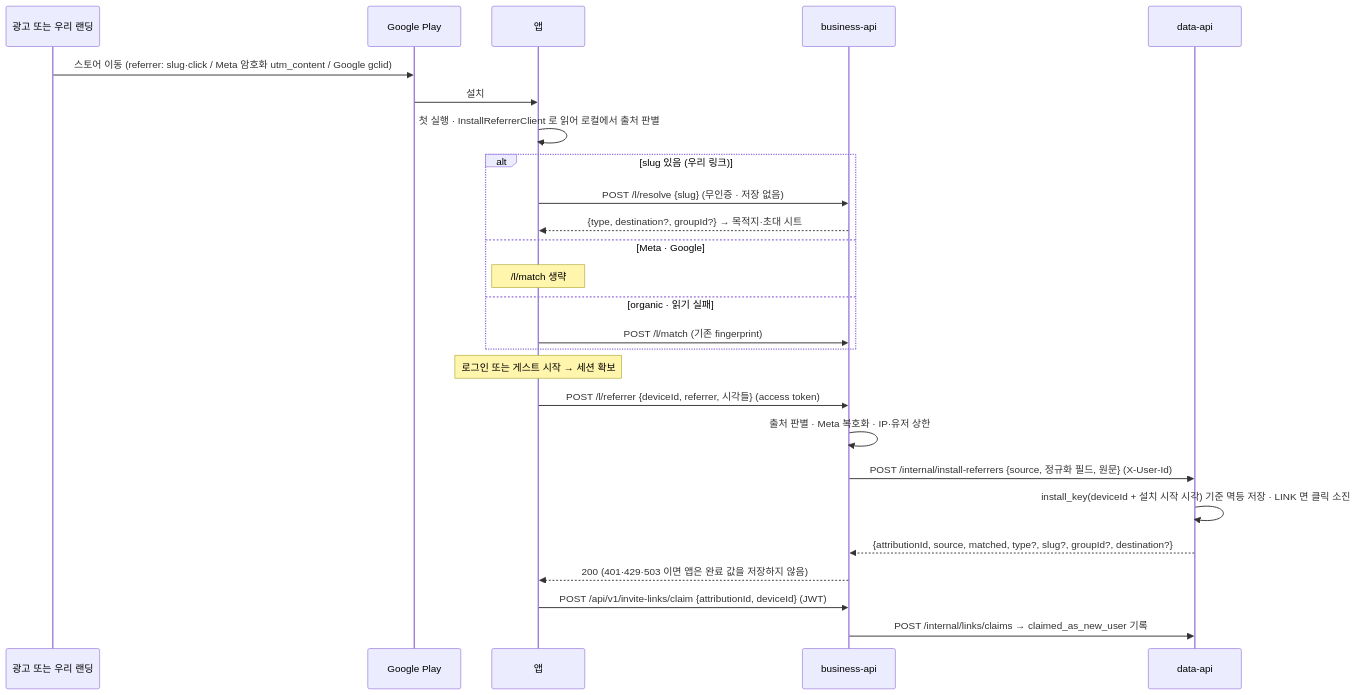
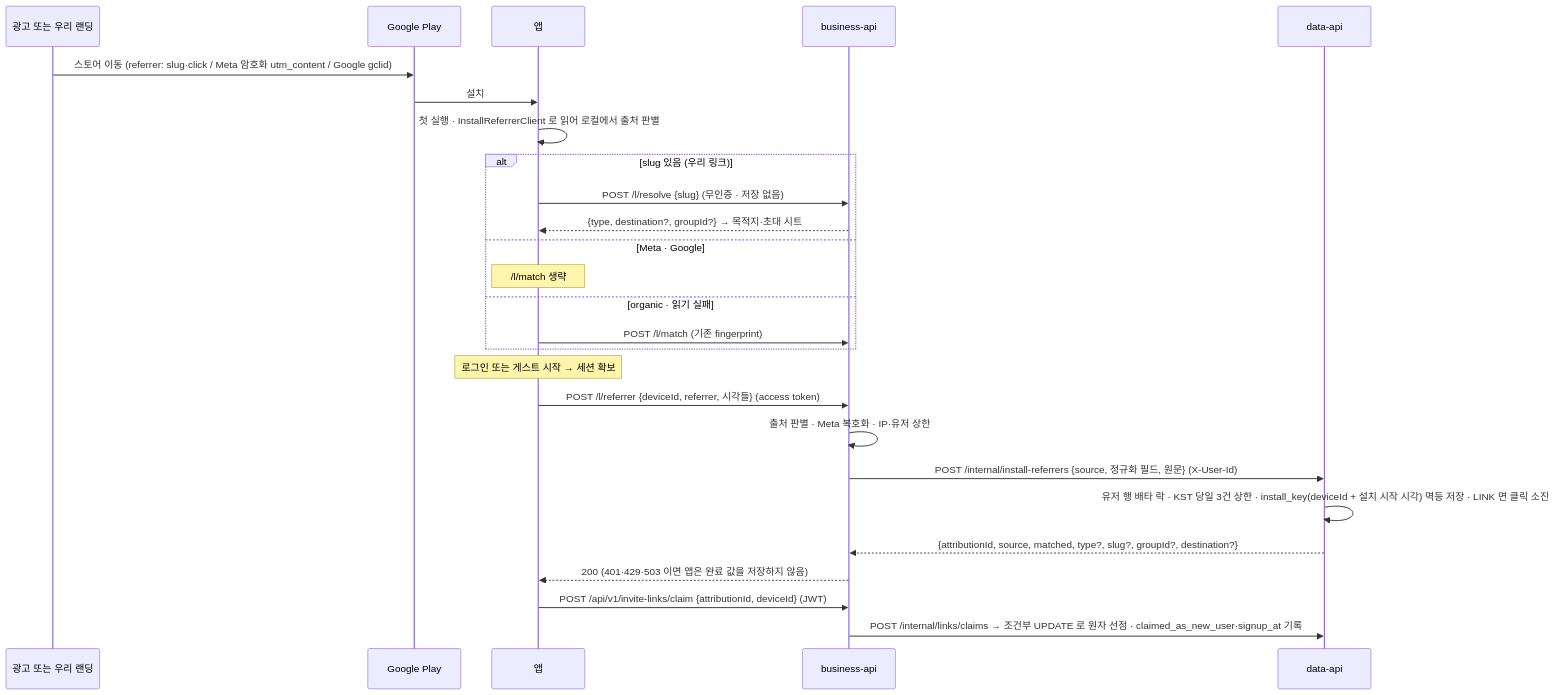
The third of 4 diagrams in docs/prd/link-attribution/high-level-design.md (OneOrThree/phone), drawn with Mermaid before and after one commit. The commit also changed other lines of this file and 4 other files, not shown here.

````diff
--- a/docs/prd/link-attribution/high-level-design.md
+++ b/docs/prd/link-attribution/high-level-design.md
@@ -90,28 +90,28 @@
 ```mermaid
 sequenceDiagram
   participant Src as 광고 또는 우리 랜딩
   participant P as Google Play
   participant A as 앱
   participant B as business-api
   participant D as data-api
   Src->>P: 스토어 이동 (referrer: slug·click / Meta 암호화 utm_content / Google gclid)
   P->>A: 설치
   A->>A: 첫 실행 · InstallReferrerClient 로 읽어 로컬에서 출처 판별
   alt slug 있음 (우리 링크)
     A->>B: POST /l/resolve {slug} (무인증 · 저장 없음)
     B-->>A: {type, destination?, groupId?} → 목적지·초대 시트
   else Meta · Google
     Note over A: /l/match 생략
   else organic · 읽기 실패
     A->>B: POST /l/match (기존 fingerprint)
   end
   Note over A: 로그인 또는 게스트 시작 → 세션 확보
   A->>B: POST /l/referrer {deviceId, referrer, 시각들} (access token)
   B->>B: 출처 판별 · Meta 복호화 · IP·유저 상한
   B->>D: POST /internal/install-referrers {source, 정규화 필드, 원문} (X-User-Id)
-  D->>D: install_key(deviceId + 설치 시작 시각) 기준 멱등 저장 · LINK 면 클릭 소진
+  D->>D: 유저 행 배타 락 · KST 당일 3건 상한 · install_key(deviceId + 설치 시작 시각) 멱등 저장 · LINK 면 클릭 소진
   D-->>B: {attributionId, source, matched, type?, slug?, groupId?, destination?}
   B-->>A: 200 (401·429·503 이면 앱은 완료 값을 저장하지 않음)
   A->>B: POST /api/v1/invite-links/claim {attributionId, deviceId} (JWT)
-  B->>D: POST /internal/links/claims → claimed_as_new_user 기록
+  B->>D: POST /internal/links/claims → 조건부 UPDATE 로 원자 선점 · claimed_as_new_user·signup_at 기록
 ```
````
